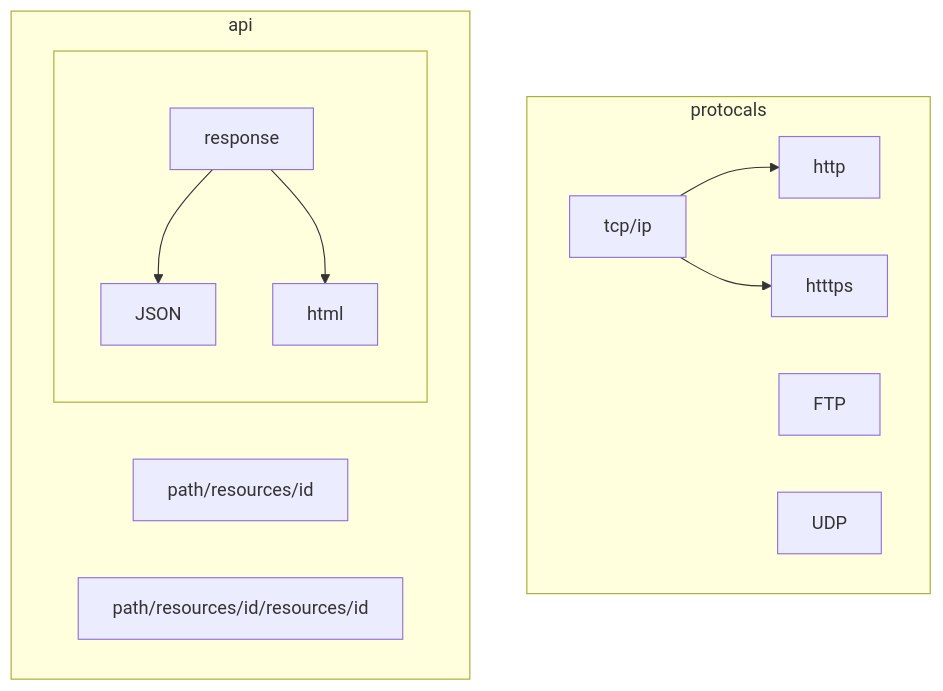
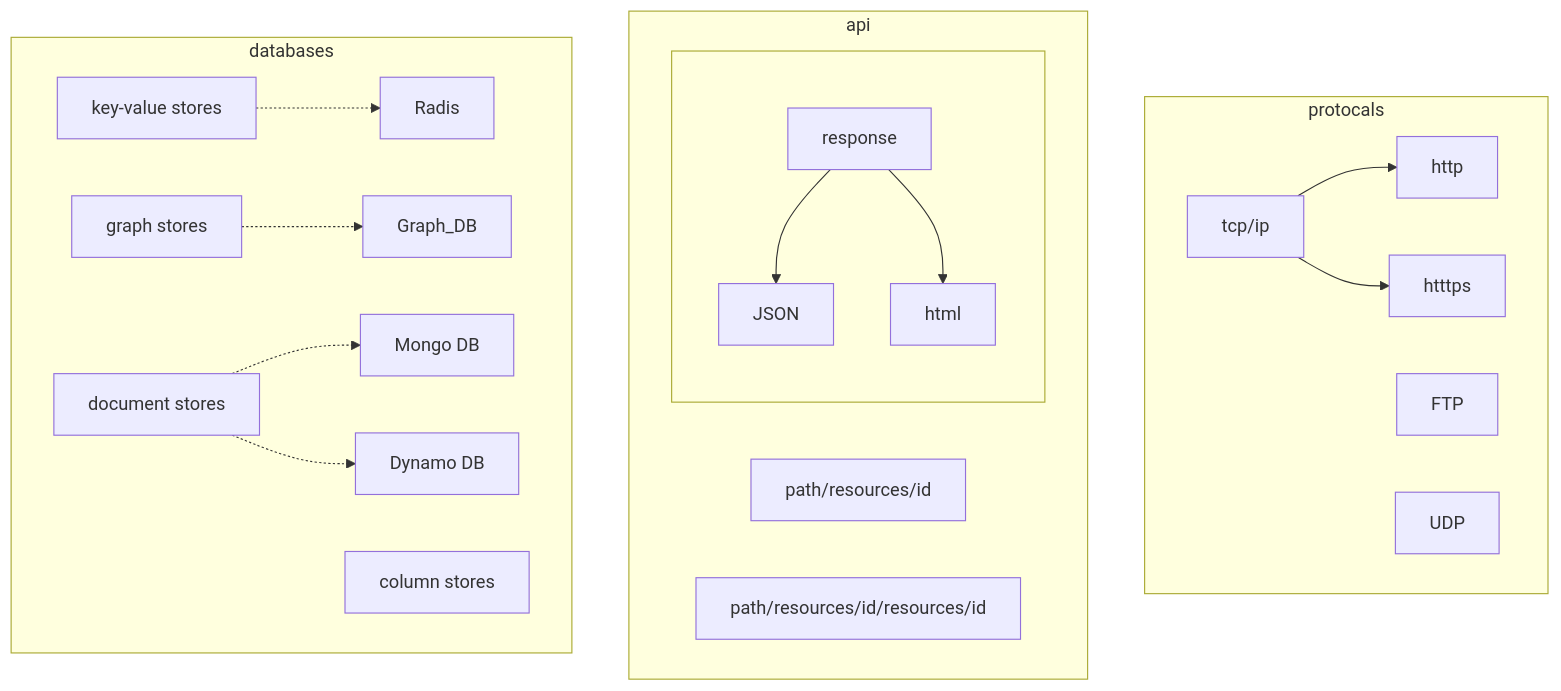
The diagram in building blocks.md (since-vijaykumar/system_design_bytebyte_go), drawn with Mermaid before and after one commit.

Commit message:
Update building blocks.md

````diff
--- a/building blocks.md
+++ b/building blocks.md
@@ -1,15 +1,25 @@
 ```mermaid
   flowchart TD
   subgraph pt["protocals"]
   TCP["tcp/ip"] --> HT["http"] & HTS["htttps"]
   FTP
   UDP
   end
+  
   subgraph API["api"]
   P1["path/resources/id"]
   P2["path/resources/id/resources/id"]
+  
   subgraph rs[ ]
   RS["response"] --> JSON & HTML["html"]
   end
+  end 
+  
+  subgraph DB["databases"]
+  KS["key-value stores"] -.->Radis
+  GS["graph stores"] -.-> Graph_DB
+  CS["column stores"] 
+  DS["document stores"] -.-> MD["Mongo DB"] & DY["Dynamo DB"]
   end
+  
 ```
````
